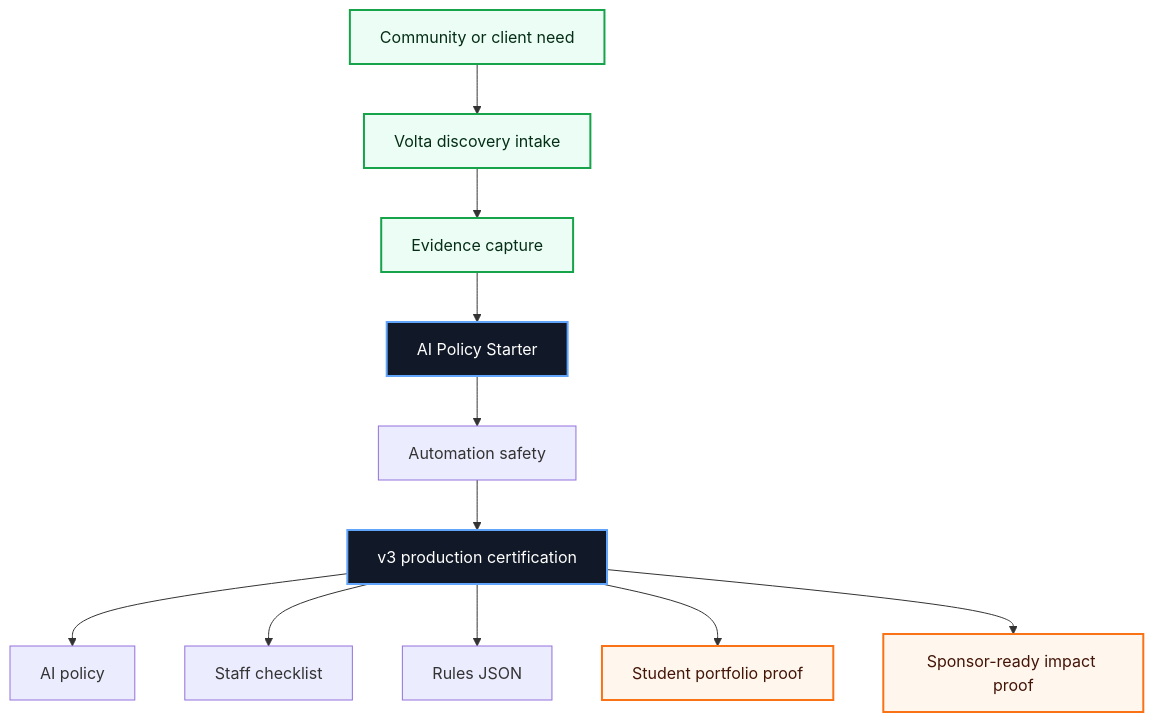
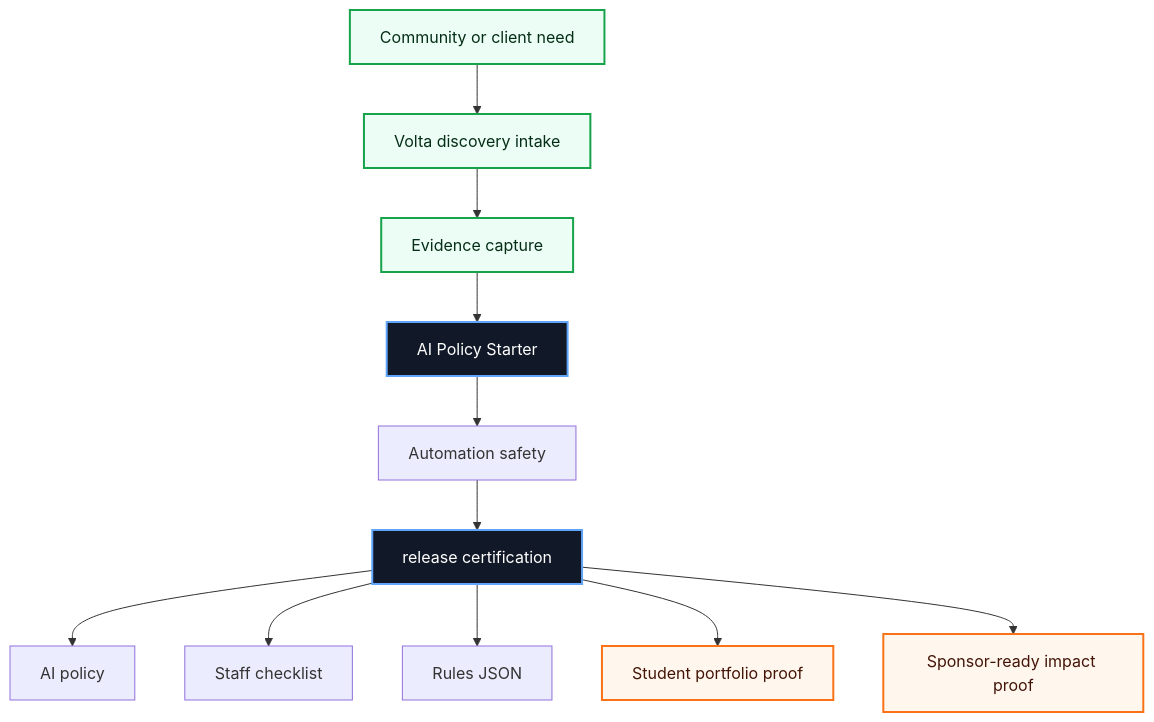
Before and after one commit to volta-npo/ai-policy-starter: the first of 3 diagrams in README.md, drawn with Mermaid. The commit also changed other lines of this file and 28 other files, not shown here.

````diff
--- a/README.md
+++ b/README.md
@@ -43,20 +43,20 @@
 ```mermaid
 flowchart TD
     Need["Community or client need"] --> Intake["Volta discovery intake"]
     Intake --> Evidence["Evidence capture"]
     Evidence --> Workbench["AI Policy Starter"]
     Workbench --> Score["Automation safety"]
-    Score --> Cert["v3 production certification"]
+    Score --> Cert["release certification"]
     Cert --> A1["AI policy"]
     Cert --> A2["Staff checklist"]
     Cert --> A3["Rules JSON"]
     Cert --> Student["Student portfolio proof"]
     Cert --> Sponsor["Sponsor-ready impact proof"]
 
     classDef volta fill:#111827,stroke:#60a5fa,color:#ffffff,stroke-width:2px;
     classDef equity fill:#ecfdf5,stroke:#16a34a,color:#052e16,stroke-width:2px;
     classDef proof fill:#fff7ed,stroke:#f97316,color:#431407,stroke-width:2px;
     class Workbench,Cert volta;
     class Need,Intake,Evidence equity;
     class Student,Sponsor proof;
 ```
````
